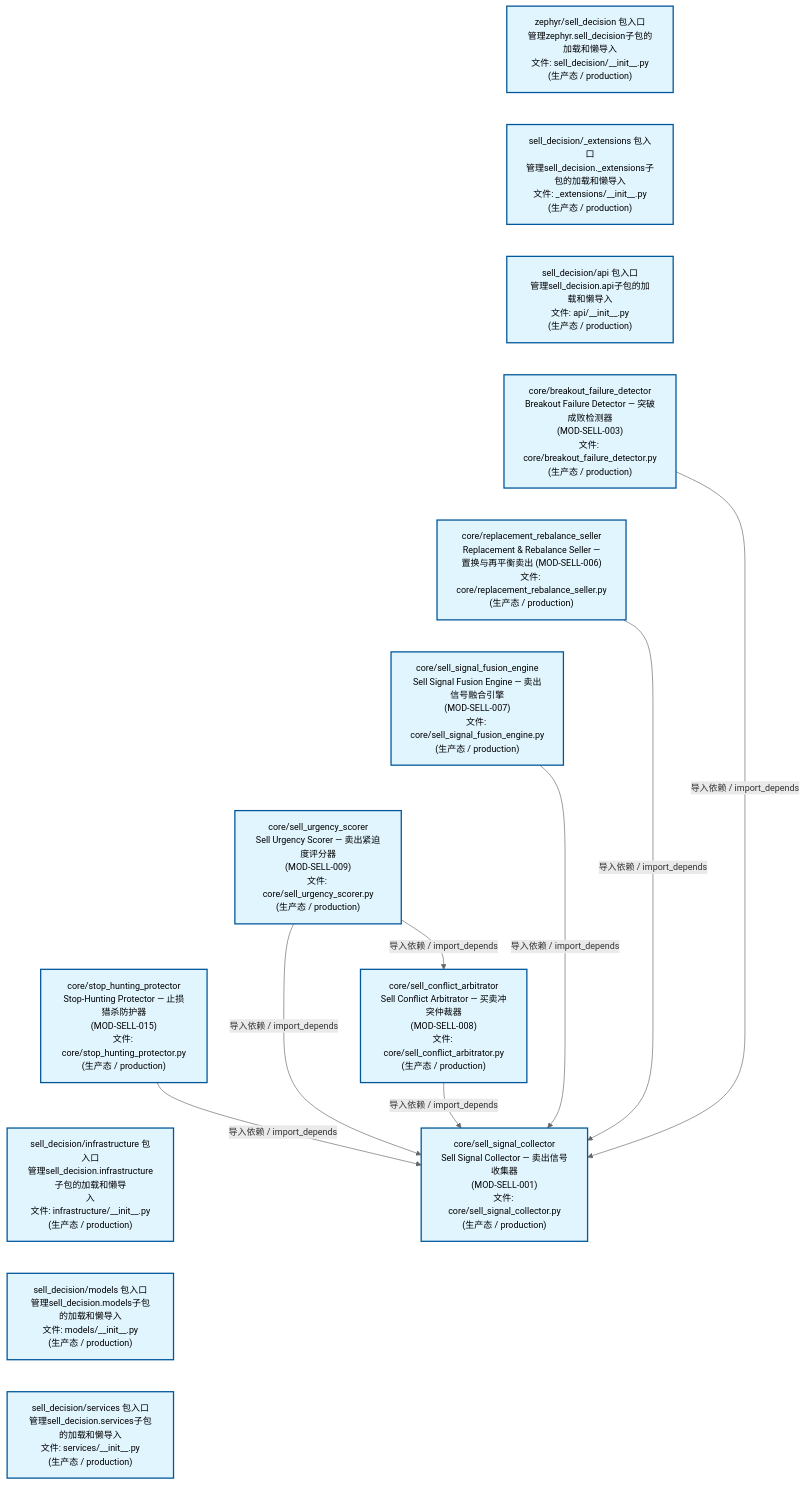
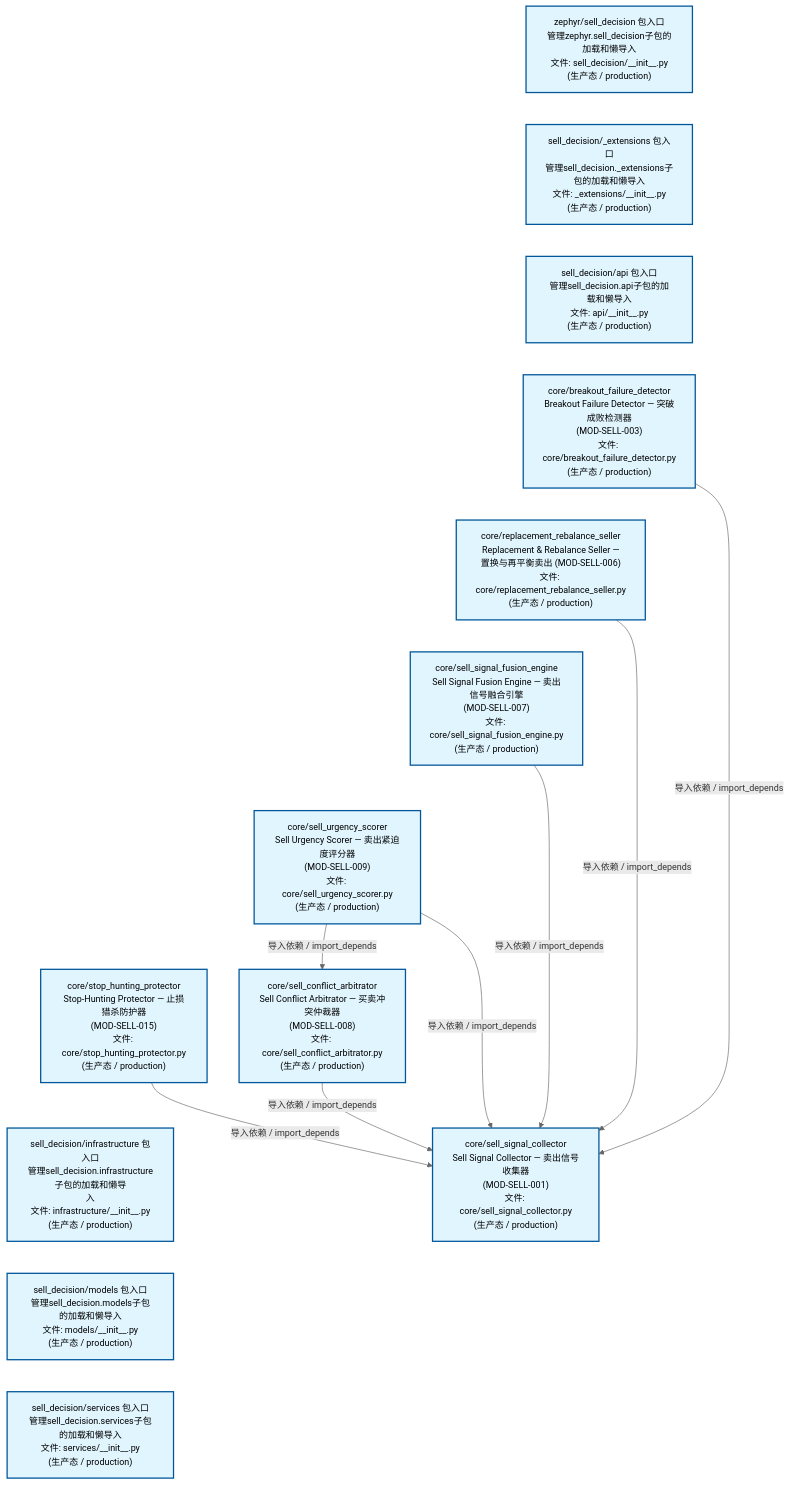
One commit to xuanFelixVan/ZephyrAlpha changed the second of 4 diagrams in docs/02_enterprise_architecture/02_domain_architecture_docs/67_d_sell_decision.md. Above: the diagram before and after it, drawn with Mermaid. The commit also changed other lines of this file and 55 other files, not shown here.

````diff
--- a/docs/02_enterprise_architecture/02_domain_architecture_docs/67_d_sell_decision.md
+++ b/docs/02_enterprise_architecture/02_domain_architecture_docs/67_d_sell_decision.md
@@ -150,39 +150,39 @@
 ```mermaid
 %%{init: {'theme': 'base', 'themeVariables': {'primaryColor': '#eaeaea', 'primaryTextColor': '#333333', 'primaryBorderColor': '#666666', 'lineColor': '#666666', 'secondaryColor': '#eaeaea', 'tertiaryColor': '#eaeaea', 'fontSize': '14px'}}}%%
 flowchart TD
     src_zephyr_sell_decision_init_py["zephyr/sell_decision 包入口<br/>管理zephyr.sell_decision子包的加载和懒导入<br/>文件: sell_decision/__init__.py<br/>(生产态 / production)"]
     src_zephyr_sell_decision_extensions_init_py["sell_decision/_extensions 包入口<br/>管理sell_decision._extensions子包的加载和懒导入<br/>文件: _extensions/__init__.py<br/>(生产态 / production)"]
     src_zephyr_sell_decision_api_init_py["sell_decision/api 包入口<br/>管理sell_decision.api子包的加载和懒导入<br/>文件: api/__init__.py<br/>(生产态 / production)"]
     src_zephyr_sell_decision_core_breakout_failure_detector_py["core/breakout_failure_detector<br/>Breakout Failure Detector — 突破成败检测器<br/>(MOD-SELL-003)<br/>文件: core/breakout_failure_detector.py<br/>(生产态 / production)"]
     src_zephyr_sell_decision_core_replacement_rebalance_seller_py["core/replacement_rebalance_seller<br/>Replacement & Rebalance Seller —<br/>置换与再平衡卖出 (MOD-SELL-006)<br/>文件: core/replacement_rebalance_seller.py<br/>(生产态 / production)"]
     src_zephyr_sell_decision_core_sell_signal_fusion_engine_py["core/sell_signal_fusion_engine<br/>Sell Signal Fusion Engine — 卖出信号融合引擎<br/>(MOD-SELL-007)<br/>文件: core/sell_signal_fusion_engine.py<br/>(生产态 / production)"]
     src_zephyr_sell_decision_core_sell_urgency_scorer_py["core/sell_urgency_scorer<br/>Sell Urgency Scorer — 卖出紧迫度评分器<br/>(MOD-SELL-009)<br/>文件: core/sell_urgency_scorer.py<br/>(生产态 / production)"]
     src_zephyr_sell_decision_core_stop_hunting_protector_py["core/stop_hunting_protector<br/>Stop-Hunting Protector — 止损猎杀防护器<br/>(MOD-SELL-015)<br/>文件: core/stop_hunting_protector.py<br/>(生产态 / production)"]
     src_zephyr_sell_decision_infrastructure_init_py["sell_decision/infrastructure 包入口<br/>管理sell_decision.infrastructure子包的加载和懒导<br/>入<br/>文件: infrastructure/__init__.py<br/>(生产态 / production)"]
     src_zephyr_sell_decision_models_init_py["sell_decision/models 包入口<br/>管理sell_decision.models子包的加载和懒导入<br/>文件: models/__init__.py<br/>(生产态 / production)"]
     src_zephyr_sell_decision_services_init_py["sell_decision/services 包入口<br/>管理sell_decision.services子包的加载和懒导入<br/>文件: services/__init__.py<br/>(生产态 / production)"]
     src_zephyr_sell_decision_init_py ~~~ src_zephyr_sell_decision_extensions_init_py
     src_zephyr_sell_decision_extensions_init_py ~~~ src_zephyr_sell_decision_api_init_py
     src_zephyr_sell_decision_api_init_py ~~~ src_zephyr_sell_decision_core_breakout_failure_detector_py
     src_zephyr_sell_decision_core_breakout_failure_detector_py ~~~ src_zephyr_sell_decision_core_replacement_rebalance_seller_py
     src_zephyr_sell_decision_core_replacement_rebalance_seller_py ~~~ src_zephyr_sell_decision_core_sell_signal_fusion_engine_py
     src_zephyr_sell_decision_core_sell_signal_fusion_engine_py ~~~ src_zephyr_sell_decision_core_sell_urgency_scorer_py
     src_zephyr_sell_decision_core_sell_urgency_scorer_py ~~~ src_zephyr_sell_decision_core_stop_hunting_protector_py
     src_zephyr_sell_decision_core_stop_hunting_protector_py ~~~ src_zephyr_sell_decision_infrastructure_init_py
     src_zephyr_sell_decision_infrastructure_init_py ~~~ src_zephyr_sell_decision_models_init_py
     src_zephyr_sell_decision_models_init_py ~~~ src_zephyr_sell_decision_services_init_py
     src_zephyr_sell_decision_core_sell_conflict_arbitrator_py["core/sell_conflict_arbitrator<br/>Sell Conflict Arbitrator — 买卖冲突仲裁器<br/>(MOD-SELL-008)<br/>文件: core/sell_conflict_arbitrator.py<br/>(生产态 / production)"]
     src_zephyr_sell_decision_core_sell_signal_collector_py["core/sell_signal_collector<br/>Sell Signal Collector — 卖出信号收集器<br/>(MOD-SELL-001)<br/>文件: core/sell_signal_collector.py<br/>(生产态 / production)"]
+    src_zephyr_sell_decision_core_breakout_failure_detector_py -->|导入依赖 / import_depends| src_zephyr_sell_decision_core_sell_signal_collector_py
     src_zephyr_sell_decision_core_replacement_rebalance_seller_py -->|导入依赖 / import_depends| src_zephyr_sell_decision_core_sell_signal_collector_py
+    src_zephyr_sell_decision_core_sell_conflict_arbitrator_py -->|导入依赖 / import_depends| src_zephyr_sell_decision_core_sell_signal_collector_py
+    src_zephyr_sell_decision_core_sell_urgency_scorer_py -->|导入依赖 / import_depends| src_zephyr_sell_decision_core_sell_conflict_arbitrator_py
+    src_zephyr_sell_decision_core_sell_urgency_scorer_py -->|导入依赖 / import_depends| src_zephyr_sell_decision_core_sell_signal_collector_py
     src_zephyr_sell_decision_core_sell_signal_fusion_engine_py -->|导入依赖 / import_depends| src_zephyr_sell_decision_core_sell_signal_collector_py
-    src_zephyr_sell_decision_core_breakout_failure_detector_py -->|导入依赖 / import_depends| src_zephyr_sell_decision_core_sell_signal_collector_py
     src_zephyr_sell_decision_core_stop_hunting_protector_py -->|导入依赖 / import_depends| src_zephyr_sell_decision_core_sell_signal_collector_py
-    src_zephyr_sell_decision_core_sell_urgency_scorer_py -->|导入依赖 / import_depends| src_zephyr_sell_decision_core_sell_signal_collector_py
-    src_zephyr_sell_decision_core_sell_urgency_scorer_py -->|导入依赖 / import_depends| src_zephyr_sell_decision_core_sell_conflict_arbitrator_py
-    src_zephyr_sell_decision_core_sell_conflict_arbitrator_py -->|导入依赖 / import_depends| src_zephyr_sell_decision_core_sell_signal_collector_py
     classDef production fill:#e1f5fe,stroke:#01579b,stroke-width:2px,color:#000
     classDef design fill:#fff3e0,stroke:#e65100,stroke-width:2px,color:#000,stroke-dasharray: 5 5
     classDef external_prod fill:#e8f4fd,stroke:#0277bd,stroke-width:1px,color:#000
     classDef external_design fill:#fff8e7,stroke:#ef6c00,stroke-width:1px,color:#000,stroke-dasharray: 5 5
     class src_zephyr_sell_decision_init_py,src_zephyr_sell_decision_extensions_init_py,src_zephyr_sell_decision_api_init_py,src_zephyr_sell_decision_core_breakout_failure_detector_py,src_zephyr_sell_decision_core_replacement_rebalance_seller_py,src_zephyr_sell_decision_core_sell_conflict_arbitrator_py,src_zephyr_sell_decision_core_sell_signal_collector_py,src_zephyr_sell_decision_core_sell_signal_fusion_engine_py,src_zephyr_sell_decision_core_sell_urgency_scorer_py,src_zephyr_sell_decision_core_stop_hunting_protector_py,src_zephyr_sell_decision_infrastructure_init_py,src_zephyr_sell_decision_models_init_py,src_zephyr_sell_decision_services_init_py production
 ```
````
